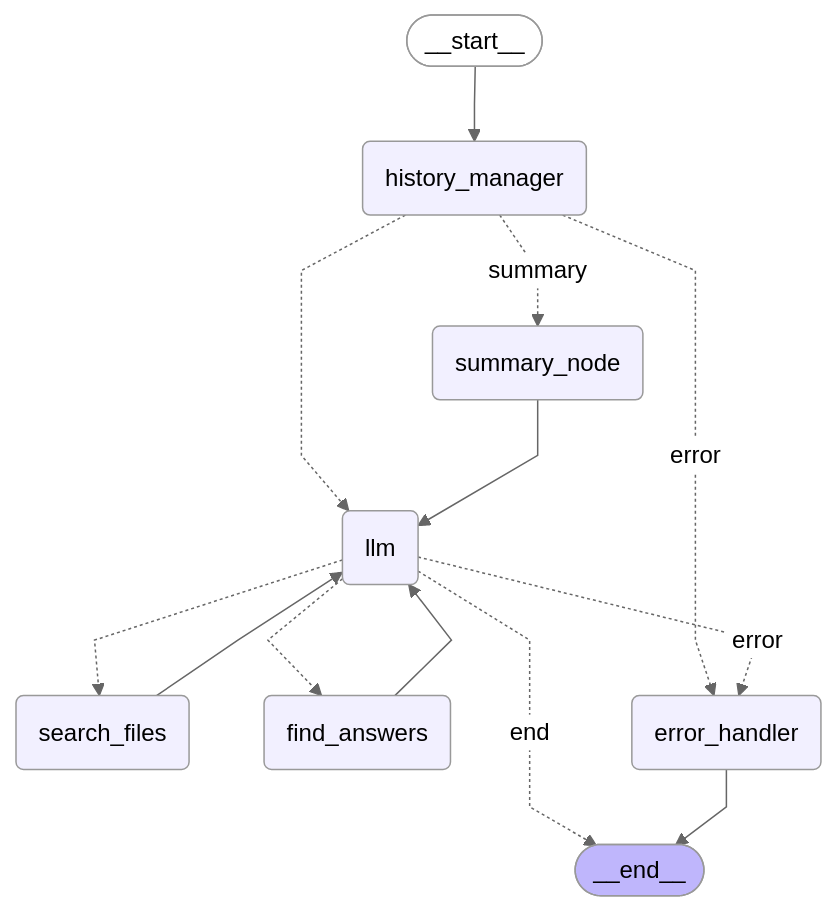
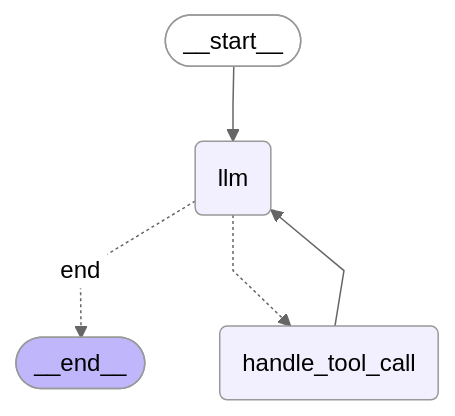
One commit to yvankondjo/SocialSyncAI changed the diagram in rag_agent_graph.mmd. Above: the diagram before and after it, drawn with Mermaid (neutral theme). The commit also changed 11 other files, not shown here.

```diff
--- a/rag_agent_graph.mmd
+++ b/rag_agent_graph.mmd
@@ -1,29 +1,17 @@
 ---
 config:
   flowchart:
     curve: linear
 ---
 graph TD;
 	__start__([<p>__start__</p>]):::first
-	history_manager(history_manager)
 	llm(llm)
-	search_files(search_files)
-	find_answers(find_answers)
-	summary_node(summary_node)
-	error_handler(error_handler)
+	handle_tool_call(handle_tool_call)
 	__end__([<p>__end__</p>]):::last
-	__start__ --> history_manager;
-	find_answers --> llm;
-	history_manager -. &nbsp;error&nbsp; .-> error_handler;
-	history_manager -.-> llm;
-	history_manager -. &nbsp;summary&nbsp; .-> summary_node;
+	__start__ --> llm;
+	handle_tool_call --> llm;
 	llm -. &nbsp;end&nbsp; .-> __end__;
-	llm -. &nbsp;error&nbsp; .-> error_handler;
-	llm -.-> find_answers;
-	llm -.-> search_files;
-	search_files --> llm;
-	summary_node --> llm;
-	error_handler --> __end__;
+	llm -.-> handle_tool_call;
 	classDef default fill:#f2f0ff,line-height:1.2
 	classDef first fill-opacity:0
 	classDef last fill:#bfb6fc
```
